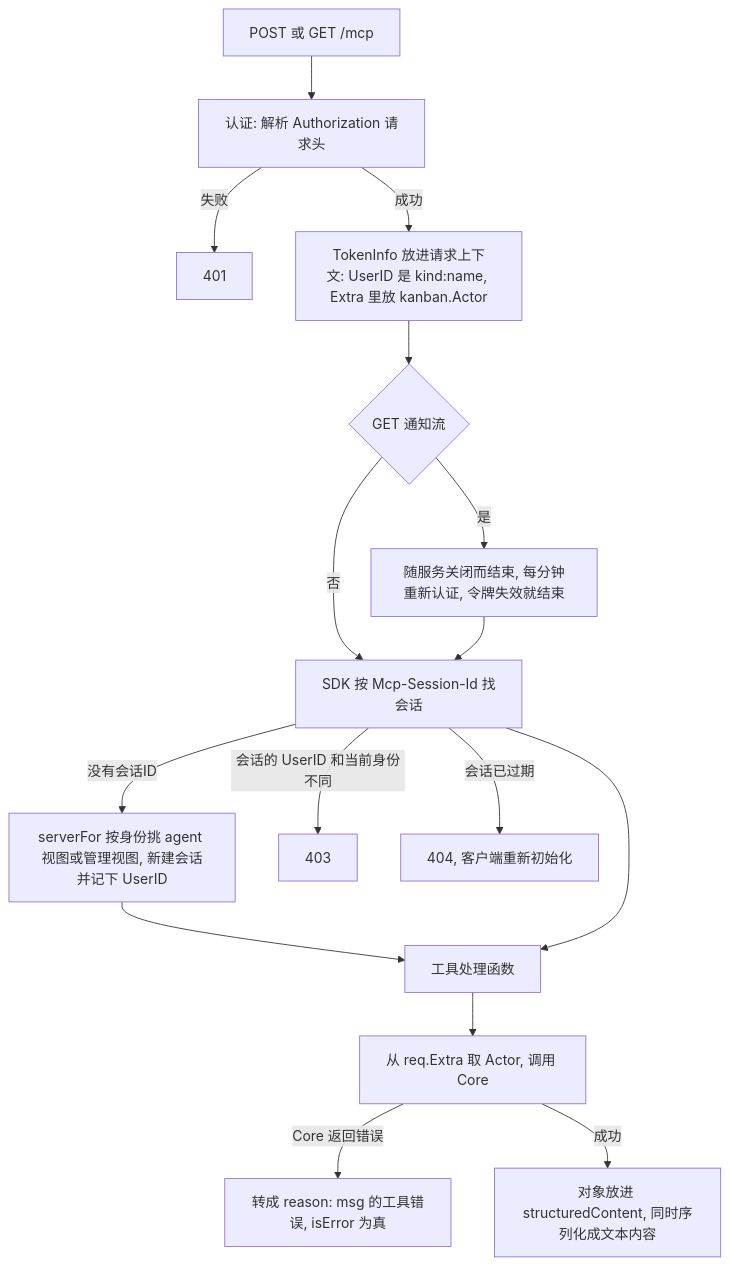
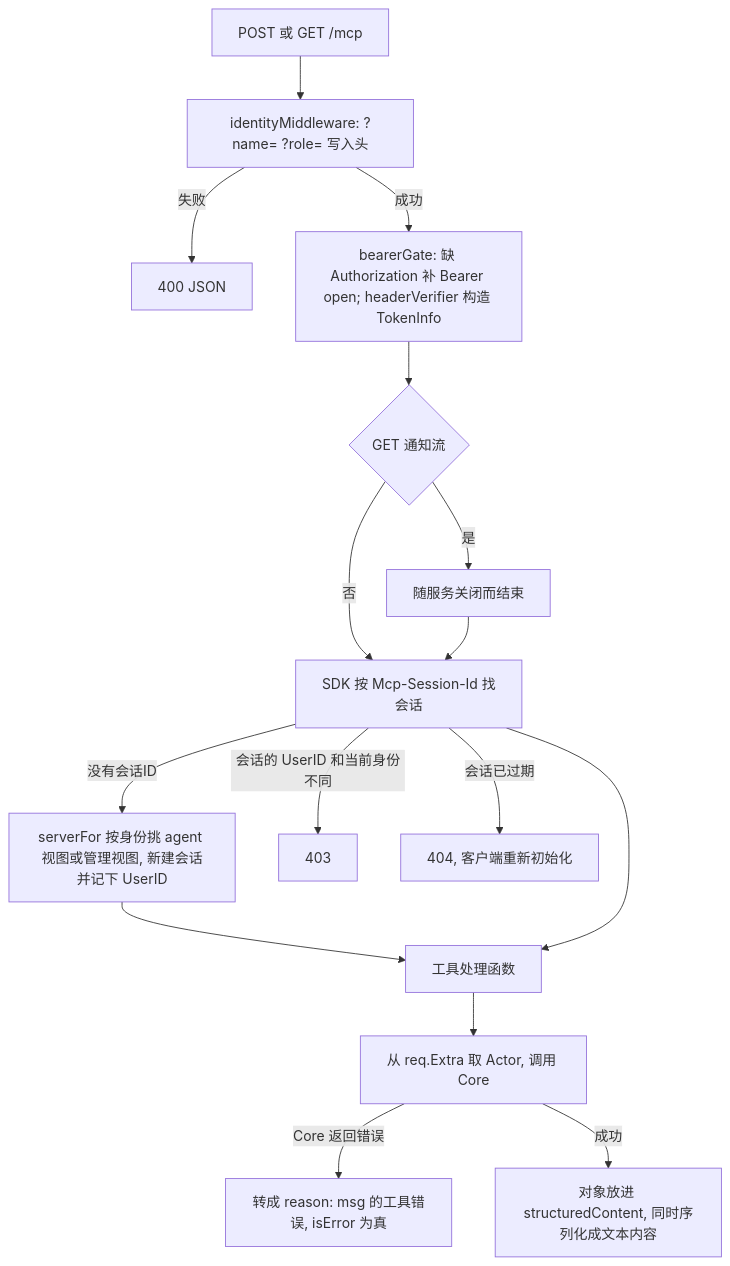
One commit to ixugo/slate-kanban changed the first of 2 diagrams in .cursor/scopes/mcp.server.go.md. Above: the diagram before and after it, drawn with Mermaid. The commit also changed other lines of this file and 7 other files, not shown here.

````diff
--- a/.cursor/scopes/mcp.server.go.md
+++ b/.cursor/scopes/mcp.server.go.md
@@ -66,18 +66,18 @@
 ```mermaid
 flowchart TD
-    A[POST 或 GET /mcp] --> B[认证: 解析 Authorization 请求头]
-    B -->|失败| Z1[401]
-    B -->|成功| C[TokenInfo 放进请求上下文: UserID 是 kind:name, Extra 里放 kanban.Actor]
+    A[POST 或 GET /mcp] --> B[identityMiddleware: ?name= ?role= 写入头]
+    B -->|失败| Z1[400 JSON]
+    B -->|成功| C[bearerGate: 缺 Authorization 补 Bearer open; headerVerifier 构造 TokenInfo]
     C --> D{GET 通知流}
-    D -->|是| E[随服务关闭而结束, 每分钟重新认证, 令牌失效就结束]
+    D -->|是| E[随服务关闭而结束]
     D -->|否| F[SDK 按 Mcp-Session-Id 找会话]
     E --> F
     F -->|没有会话ID| G[serverFor 按身份挑 agent 视图或管理视图, 新建会话并记下 UserID]
     F -->|会话的 UserID 和当前身份不同| Z2[403]
     F -->|会话已过期| Z3[404, 客户端重新初始化]
     G --> H[工具处理函数]
     F --> H
     H --> I[从 req.Extra 取 Actor, 调用 Core]
     I -->|Core 返回错误| J[转成 reason: msg 的工具错误, isError 为真]
     I -->|成功| K[对象放进 structuredContent, 同时序列化成文本内容]
 ```
````
